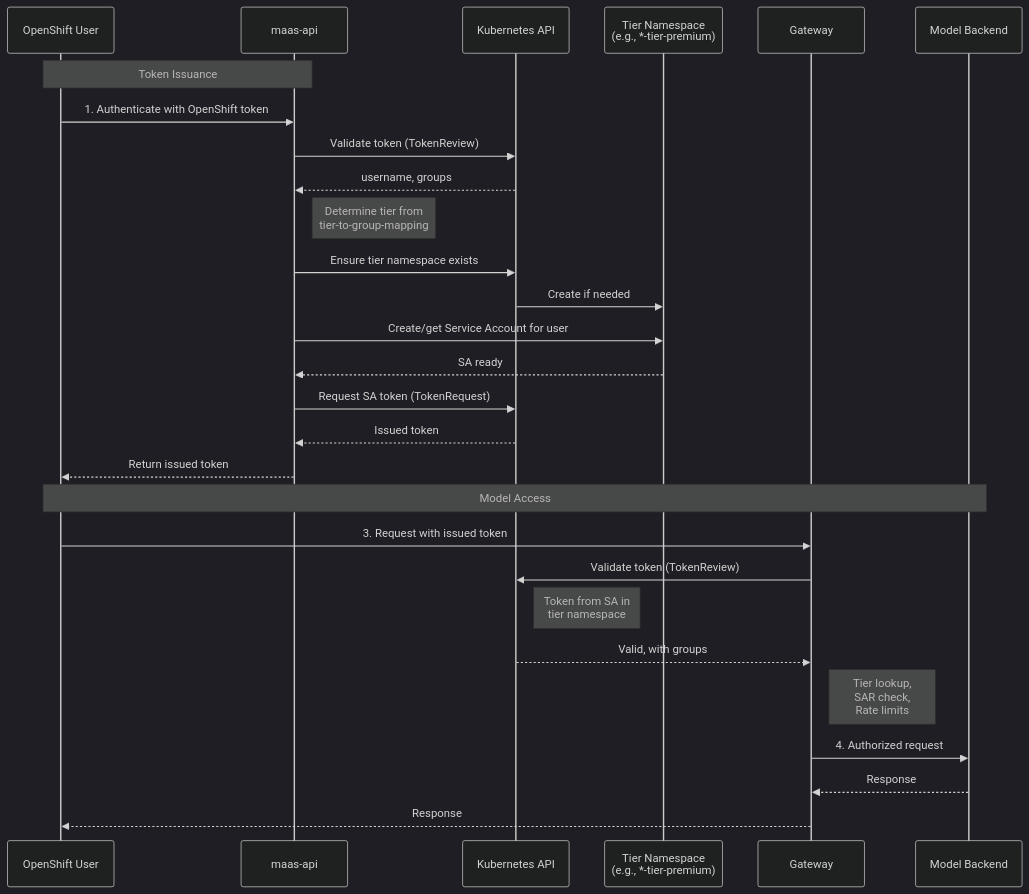
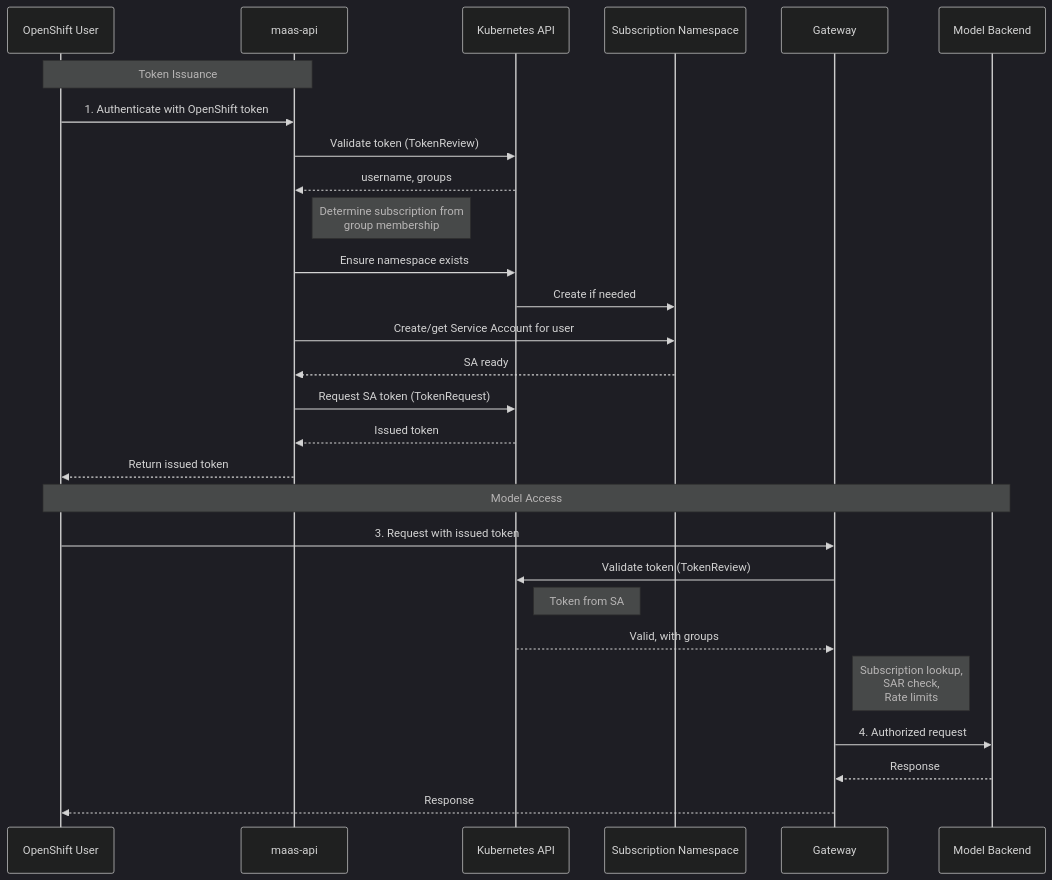
The first of 2 diagrams in docs/content/configuration-and-management/token-management.md (jland-redhat/models-as-a-service), drawn with Mermaid (dark theme) before and after one commit. The commit also changed other lines of this file and 47 other files, not shown here.

Commit message:
Updating documents so the manual install guide works wit hthe new flow

````diff
--- a/docs/content/configuration-and-management/token-management.md
+++ b/docs/content/configuration-and-management/token-management.md
@@ -59,32 +61,32 @@
 ```mermaid
 sequenceDiagram
     participant User as OpenShift User
     participant MaaS as maas-api
     participant K8s as Kubernetes API
-    participant TierNS as Tier Namespace<br/>(e.g., *-tier-premium)
+    participant SubNS as Subscription Namespace
     participant Gateway
     participant Model as Model Backend
 
     Note over User,MaaS: Token Issuance
     User->>MaaS: 1. Authenticate with OpenShift token
     MaaS->>K8s: Validate token (TokenReview)
     K8s-->>MaaS: username, groups
-    Note right of MaaS: Determine tier from<br/>tier-to-group-mapping
-    MaaS->>K8s: Ensure tier namespace exists
-    K8s->>TierNS: Create if needed
-    MaaS->>TierNS: Create/get Service Account for user
-    TierNS-->>MaaS: SA ready
+    Note right of MaaS: Determine subscription from<br/>group membership
+    MaaS->>K8s: Ensure namespace exists
+    K8s->>SubNS: Create if needed
+    MaaS->>SubNS: Create/get Service Account for user
+    SubNS-->>MaaS: SA ready
     MaaS->>K8s: Request SA token (TokenRequest)
     K8s-->>MaaS: Issued token
     MaaS-->>User: Return issued token
 
     Note over User,Model: Model Access
     User->>Gateway: 3. Request with issued token
     Gateway->>K8s: Validate token (TokenReview)
-    Note right of K8s: Token from SA in<br/>tier namespace
+    Note right of K8s: Token from SA
     K8s-->>Gateway: Valid, with groups
-    Note right of Gateway: Tier lookup,<br/>SAR check,<br/>Rate limits
+    Note right of Gateway: Subscription lookup,<br/>SAR check,<br/>Rate limits
     Gateway->>Model: 4. Authorized request
     Model-->>Gateway: Response
     Gateway-->>User: Response
 ```
````
